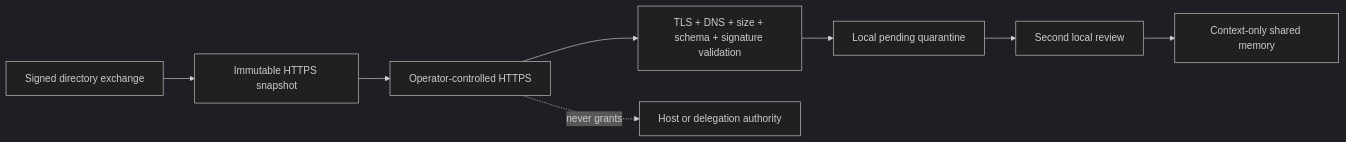
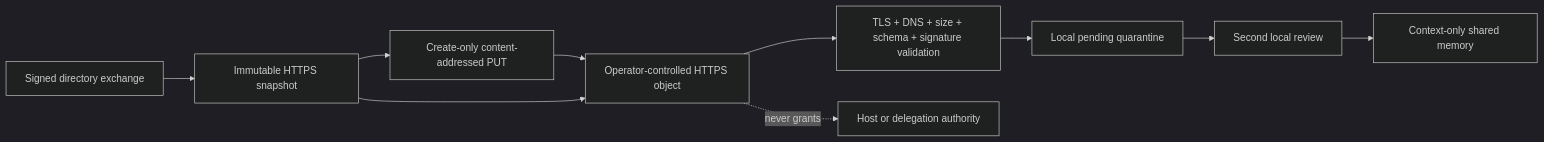
One commit to Maykbiletti/AgentSpine changed the fifth of 5 diagrams in docs/architecture.md. Above: the diagram before and after it, drawn with Mermaid (dark theme). The commit also changed other lines of this file and 17 other files, not shown here.

Commit message:
feat: add immutable HTTPS object publishing

````diff
--- a/docs/architecture.md
+++ b/docs/architecture.md
@@ -130,10 +130,12 @@
 ```mermaid
 flowchart LR
     D["Signed directory exchange"] --> S["Immutable HTTPS snapshot"]
-    S --> H["Operator-controlled HTTPS"]
+    S --> P["Create-only content-addressed PUT"]
+    P --> H["Operator-controlled HTTPS object"]
+    S --> H
     H --> V["TLS + DNS + size + schema + signature validation"]
     V --> Q["Local pending quarantine"]
     Q --> R["Second local review"]
     R --> C["Context-only shared memory"]
     H -. "never grants" .-> A["Host or delegation authority"]
 ```
````
